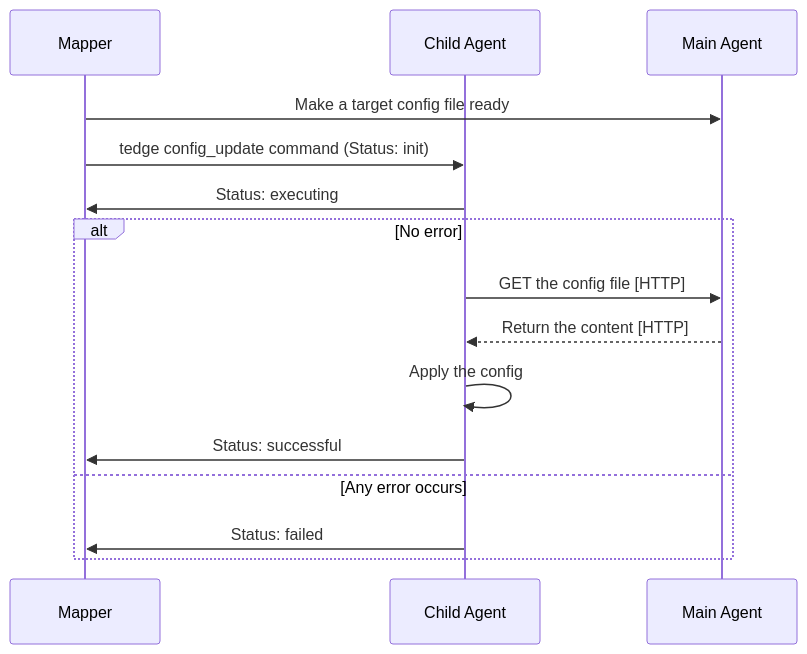
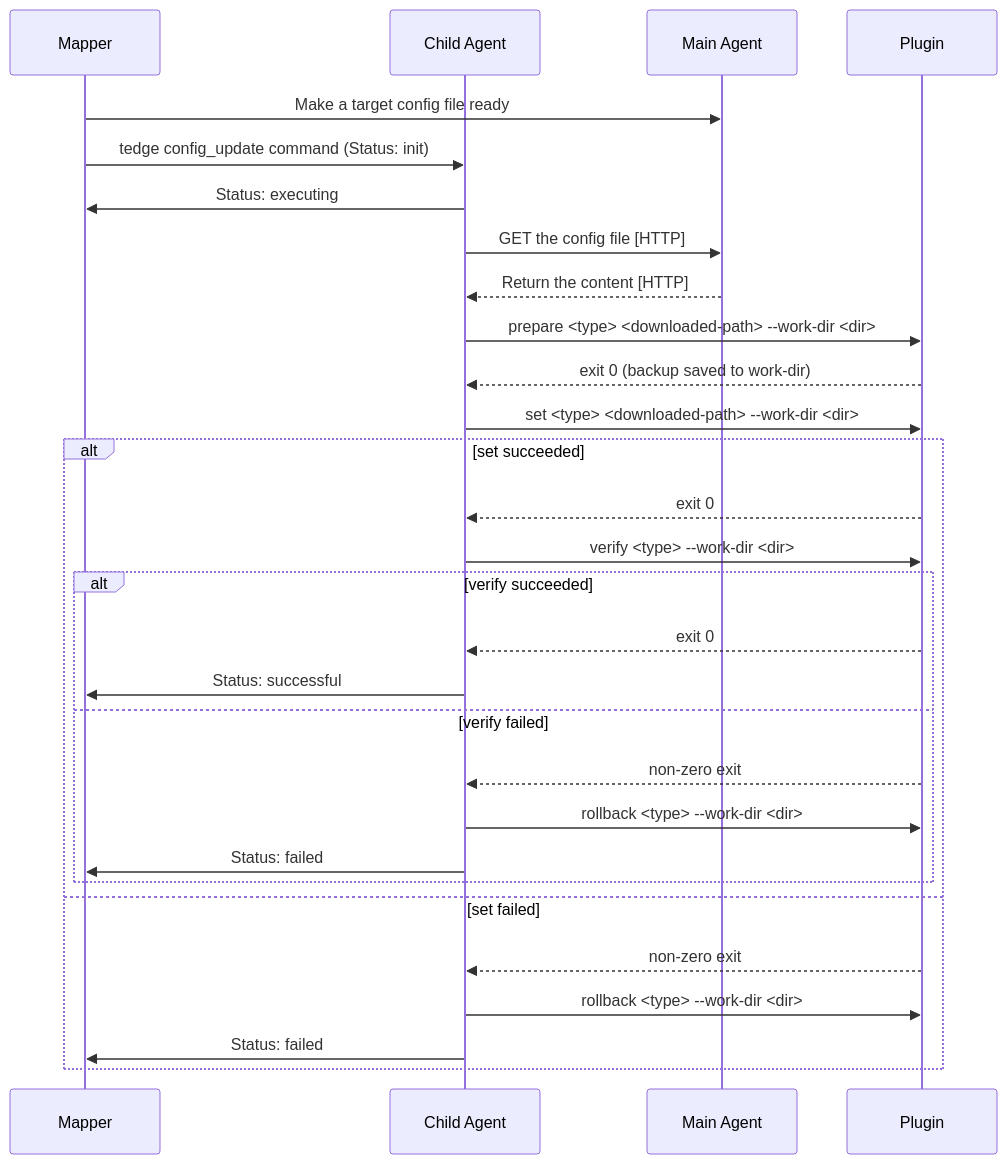
Before and after one commit to thin-edge/thin-edge.io: the second of 2 diagrams in docs/src/references/agent/tedge-configuration-management.md, drawn with Mermaid. The commit also changed other lines of this file and 2 other files, not shown here.

Commit message:
doc: document granular config_update workflow and config plugin APIs

````diff
--- a/docs/src/references/agent/tedge-configuration-management.md
+++ b/docs/src/references/agent/tedge-configuration-management.md
@@ -259,18 +304,32 @@
 ```mermaid
 sequenceDiagram
   participant Mapper
   participant Child Agent
   participant Main Agent
+  participant Plugin
 
   Mapper->>Main Agent: Make a target config file ready
   Mapper->>Child Agent: tedge config_update command (Status: init)
   Child Agent->>Mapper: Status: executing
-  alt No error
-    Child Agent->>Main Agent: GET the config file [HTTP]
-    Main Agent-->>Child Agent: Return the content [HTTP]
-    Child Agent->>Child Agent: Apply the config
-    Child Agent->>Mapper: Status: successful
-  else Any error occurs
+  Child Agent->>Main Agent: GET the config file [HTTP]
+  Main Agent-->>Child Agent: Return the content [HTTP]
+  Child Agent->>Plugin: prepare <type> <downloaded-path> --work-dir <dir>
+  Plugin-->>Child Agent: exit 0 (backup saved to work-dir)
+  Child Agent->>Plugin: set <type> <downloaded-path> --work-dir <dir>
+  alt set succeeded
+    Plugin-->>Child Agent: exit 0
+    Child Agent->>Plugin: verify <type> --work-dir <dir>
+    alt verify succeeded
+      Plugin-->>Child Agent: exit 0
+      Child Agent->>Mapper: Status: successful
+    else verify failed
+      Plugin-->>Child Agent: non-zero exit
+      Child Agent->>Plugin: rollback <type> --work-dir <dir>
+      Child Agent->>Mapper: Status: failed
+    end
+  else set failed
+    Plugin-->>Child Agent: non-zero exit
+    Child Agent->>Plugin: rollback <type> --work-dir <dir>
     Child Agent->>Mapper: Status: failed
   end
 ```
````
